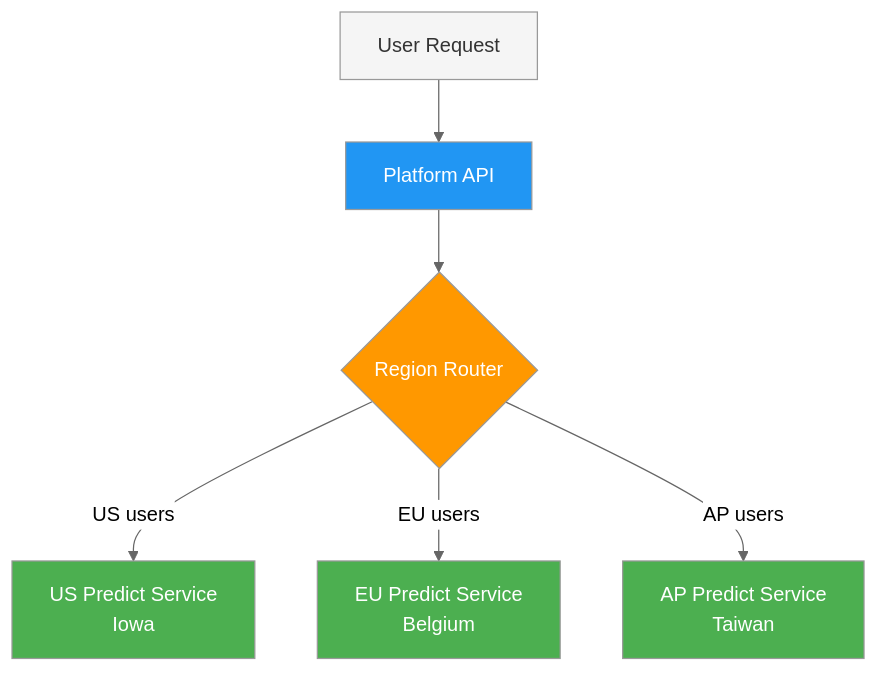
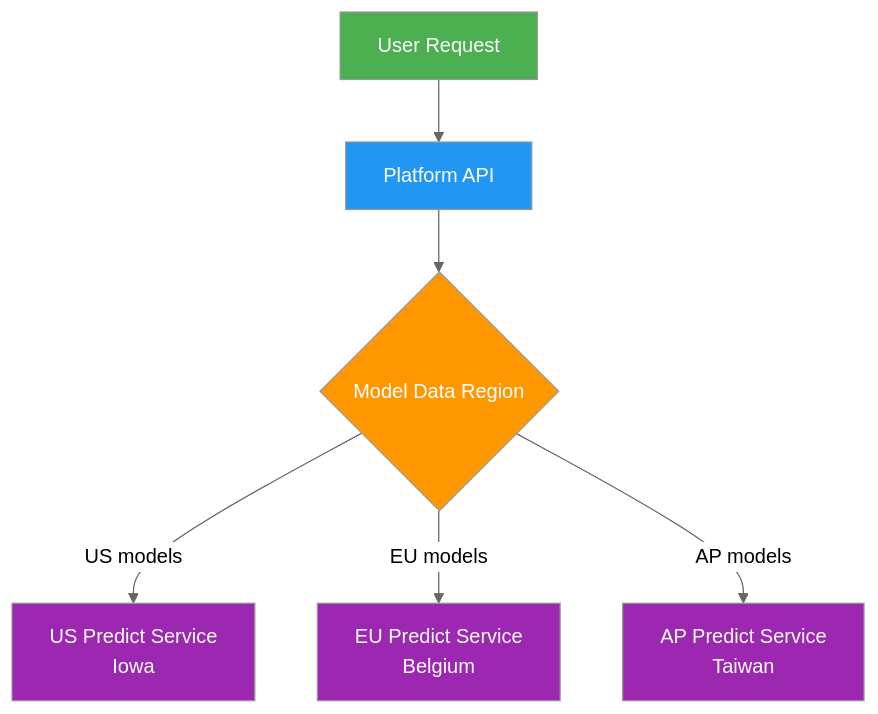
One commit to KATe-AGI/Embodied_VG changed the second of 2 diagrams in ultralytics/docs/en/platform/deploy/index.md. Above: the diagram before and after it, drawn with Mermaid (neutral theme). The commit also changed other lines of this file and 980 other files, not shown here.

````diff
--- a/ultralytics/docs/en/platform/deploy/index.md
+++ b/ultralytics/docs/en/platform/deploy/index.md
@@ -70,15 +73,13 @@
 ```mermaid
 graph TB
-    User[User Request] --> API[Platform API]
-    API --> Router{Region Router}
-    Router -->|US users| US["US Predict Service<br/>Iowa"]
-    Router -->|EU users| EU["EU Predict Service<br/>Belgium"]
-    Router -->|AP users| AP["AP Predict Service<br/>Taiwan"]
+    User[User Request]:::start --> API[Platform API]:::proc
+    API --> Router{Model Data Region}:::decide
+    Router -->|US models| US["US Predict Service<br/>Iowa"]:::out
+    Router -->|EU models| EU["EU Predict Service<br/>Belgium"]:::out
+    Router -->|AP models| AP["AP Predict Service<br/>Taiwan"]:::out
 
-    style User fill:#f5f5f5,color:#333
-    style API fill:#2196F3,color:#fff
-    style Router fill:#FF9800,color:#fff
-    style US fill:#4CAF50,color:#fff
-    style EU fill:#4CAF50,color:#fff
-    style AP fill:#4CAF50,color:#fff
+    classDef start fill:#4CAF50,color:#fff
+    classDef proc fill:#2196F3,color:#fff
+    classDef decide fill:#FF9800,color:#fff
+    classDef out fill:#9C27B0,color:#fff
 ```
````
